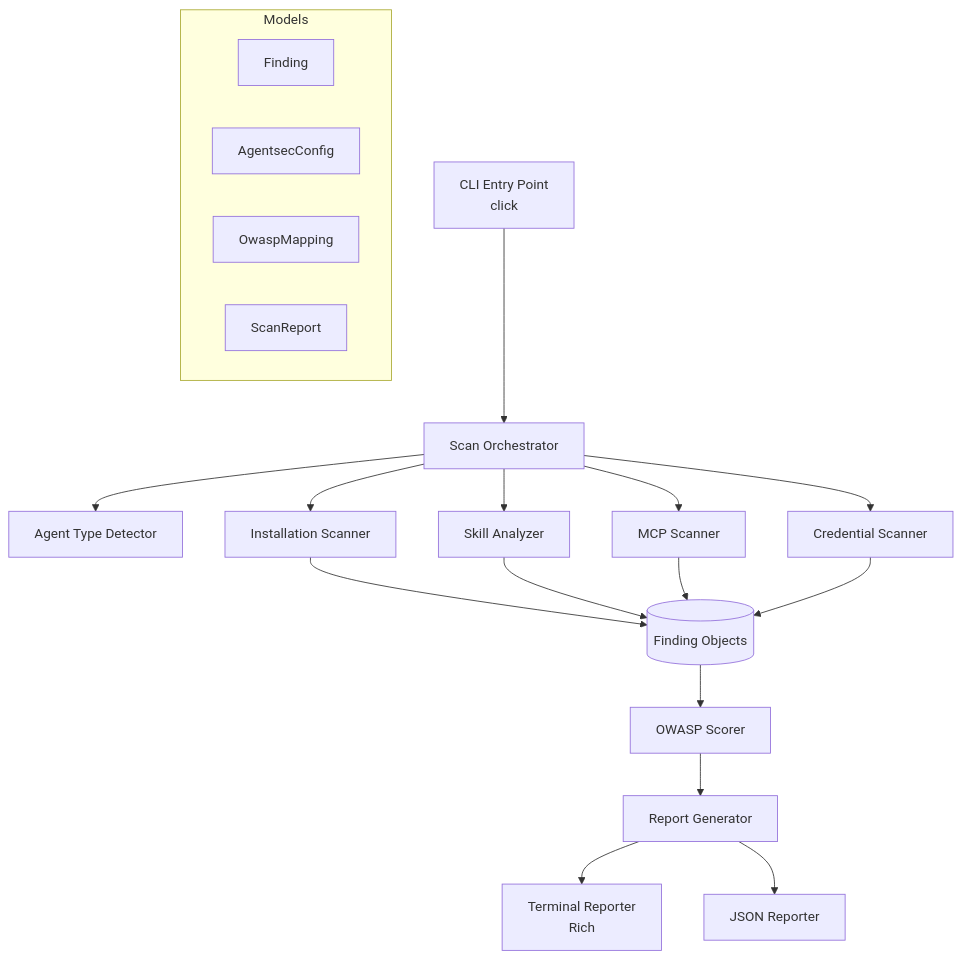
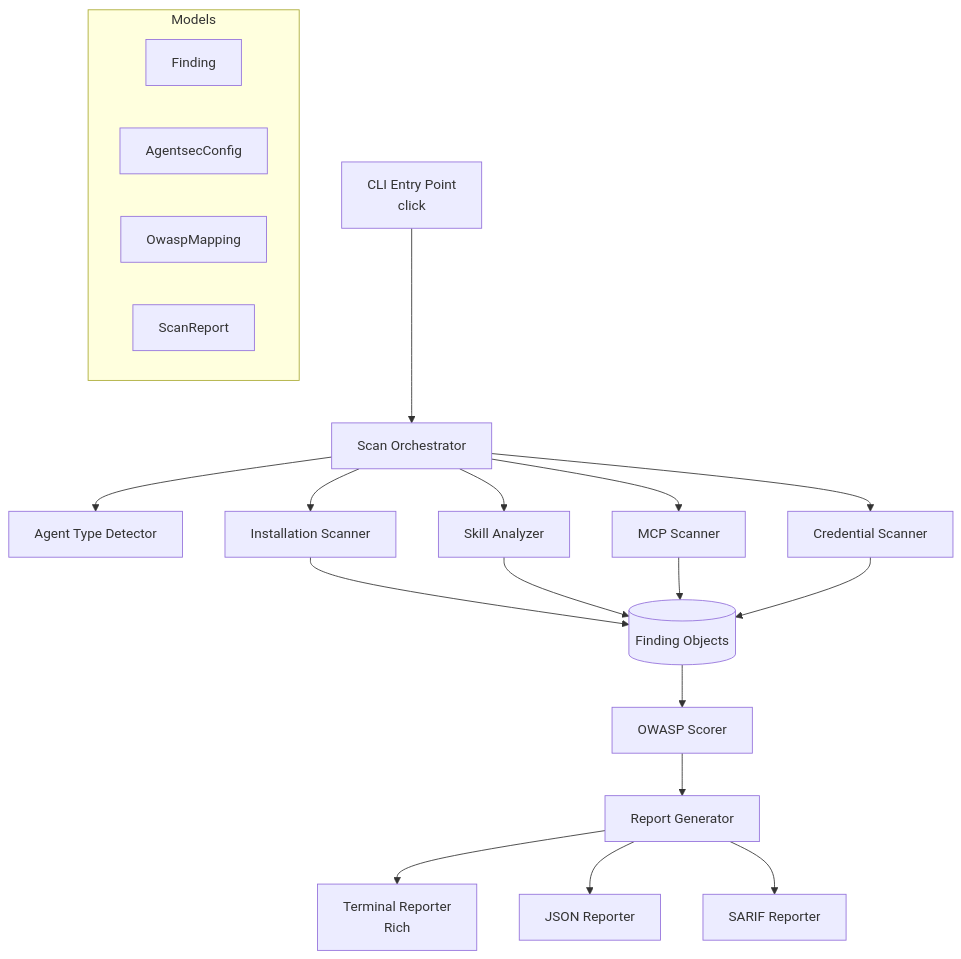
Before and after one commit to debu-sinha/agentsec: the first of 2 diagrams in docs/design/agentsec-architecture.md, drawn with Mermaid. The commit also changed other lines of this file and 15 other files, not shown here.

````diff
--- a/docs/design/agentsec-architecture.md
+++ b/docs/design/agentsec-architecture.md
@@ -84,27 +84,28 @@
 ```mermaid
 flowchart TB
     CLI[CLI Entry Point<br/>click] --> Orchestrator[Scan Orchestrator]
     Orchestrator --> Detector[Agent Type Detector]
     Orchestrator --> S1[Installation Scanner]
     Orchestrator --> S2[Skill Analyzer]
     Orchestrator --> S3[MCP Scanner]
     Orchestrator --> S4[Credential Scanner]
 
     S1 --> Findings[(Finding Objects)]
     S2 --> Findings
     S3 --> Findings
     S4 --> Findings
 
     Findings --> Scorer[OWASP Scorer]
     Scorer --> Report[Report Generator]
 
     Report --> Terminal[Terminal Reporter<br/>Rich]
     Report --> JSON[JSON Reporter]
+    Report --> SARIF[SARIF Reporter]
 
     subgraph Models
         Finding[Finding]
         Config[AgentsecConfig]
         OWASP[OwaspMapping]
         ScanReport[ScanReport]
     end
 ```
````
